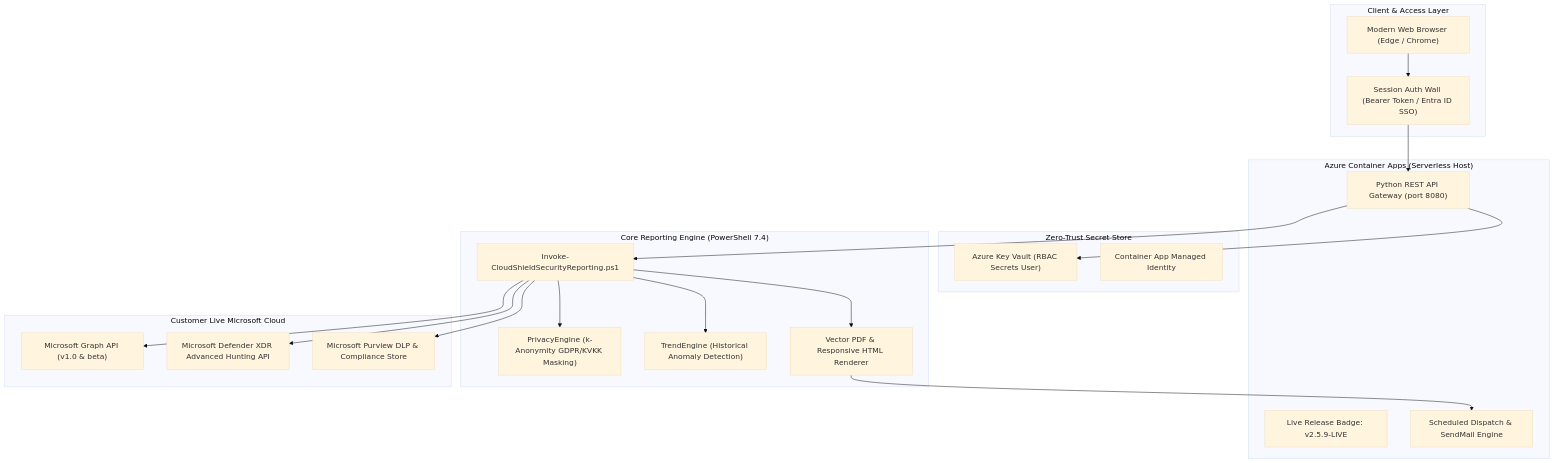
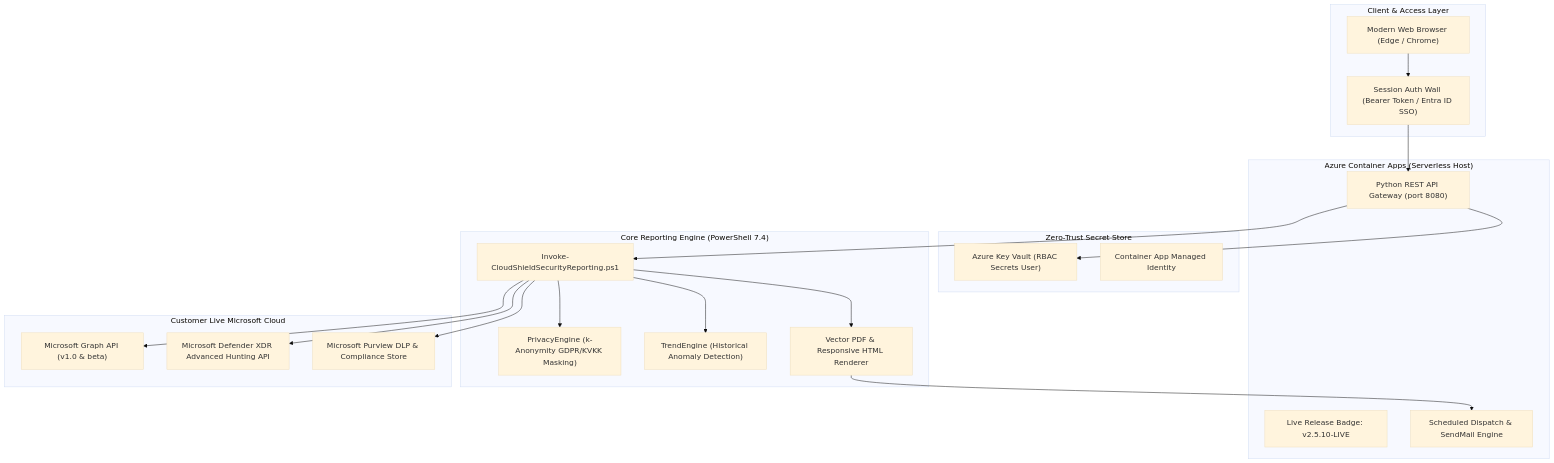
One commit to canercetinkaya/cloudshield-mssp-portal changed the diagram in README.md. Above: the diagram before and after it, drawn with Mermaid (base theme). The commit also changed other lines of this file and 5 other files, not shown here.

````diff
--- a/README.md
+++ b/README.md
@@ -31,43 +31,43 @@
 ```mermaid
 flowchart TD
     subgraph ClientLayer ["Client & Access Layer"]
         Browser["Modern Web Browser (Edge / Chrome)"]
         AuthWall["Session Auth Wall (Bearer Token / Entra ID SSO)"]
     end
 
     subgraph PortalLayer ["Azure Container Apps (Serverless Host)"]
         WebServer["Python REST API Gateway (port 8080)"]
-        VersionBadge["Live Release Badge: v2.5.9-LIVE"]
+        VersionBadge["Live Release Badge: v2.5.10-LIVE"]
         ReportDispatcher["Scheduled Dispatch & SendMail Engine"]
     end
 
     subgraph SecurityVault ["Zero-Trust Secret Store"]
         AKV["Azure Key Vault (RBAC Secrets User)"]
         ManagedIdentity["Container App Managed Identity"]
     end
 
     subgraph EngineLayer ["Core Reporting Engine (PowerShell 7.4)"]
         EngineMain["Invoke-CloudShieldSecurityReporting.ps1"]
         PrivacyEngine["PrivacyEngine (k-Anonymity GDPR/KVKK Masking)"]
         TrendEngine["TrendEngine (Historical Anomaly Detection)"]
         Renderer["Vector PDF & Responsive HTML Renderer"]
     end
 
     subgraph MicrosoftCloud ["Customer Live Microsoft Cloud"]
         GraphAPI["Microsoft Graph API (v1.0 & beta)"]
         DefenderAPI["Microsoft Defender XDR Advanced Hunting API"]
         PurviewDLP["Microsoft Purview DLP & Compliance Store"]
     end
 
     Browser --> AuthWall
     AuthWall --> WebServer
     WebServer --> AKV
     WebServer --> EngineMain
     EngineMain --> PrivacyEngine
     EngineMain --> TrendEngine
     EngineMain --> Renderer
     EngineMain --> GraphAPI
     EngineMain --> DefenderAPI
     EngineMain --> PurviewDLP
     Renderer --> ReportDispatcher
 ```
````
